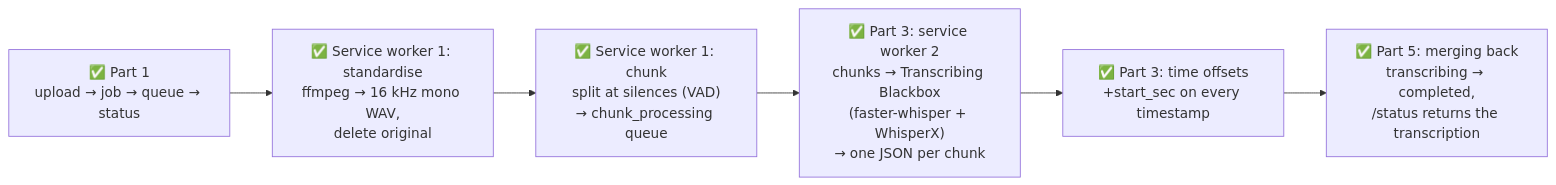
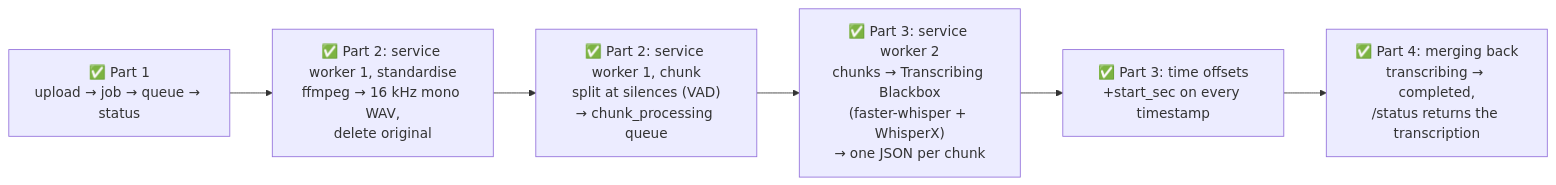
One commit to yahyalfc/audio-transcriptor changed the ninth of 9 diagrams in README.md. Above: the diagram before and after it, drawn with Mermaid. The commit also changed other lines of this file and 1 other file, not shown here.

````diff
--- a/README.md
+++ b/README.md
@@ -605,10 +624,10 @@
 ```mermaid
 flowchart LR
     P1["✅ Part 1<br/>upload → job → queue → status"]
-    P2a["✅ Service worker 1: standardise<br/>ffmpeg → 16 kHz mono WAV,<br/>delete original"]
-    P2["✅ Service worker 1: chunk<br/>split at silences (VAD)<br/>→ chunk_processing queue"]
+    P2a["✅ Part 2: service worker 1, standardise<br/>ffmpeg → 16 kHz mono WAV,<br/>delete original"]
+    P2["✅ Part 2: service worker 1, chunk<br/>split at silences (VAD)<br/>→ chunk_processing queue"]
     P3["✅ Part 3: service worker 2<br/>chunks → Transcribing Blackbox<br/>(faster-whisper + WhisperX)<br/>→ one JSON per chunk"]
     P3b["✅ Part 3: time offsets<br/>+start_sec on every timestamp"]
-    P4["✅ Part 5: merging back<br/>transcribing → completed,<br/>/status returns the transcription"]
+    P4["✅ Part 4: merging back<br/>transcribing → completed,<br/>/status returns the transcription"]
     P1 --> P2a --> P2 --> P3 --> P3b --> P4
 ```
````
